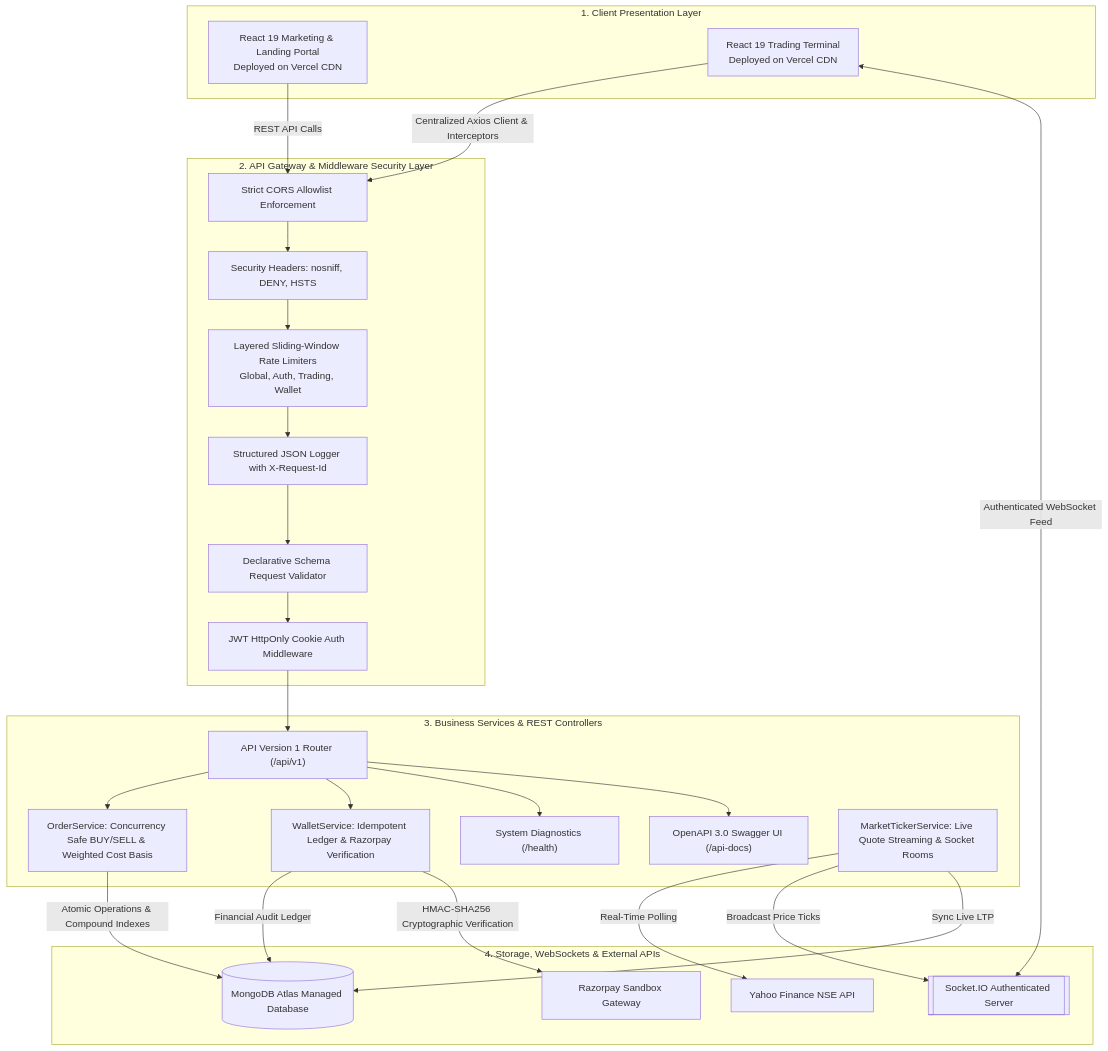
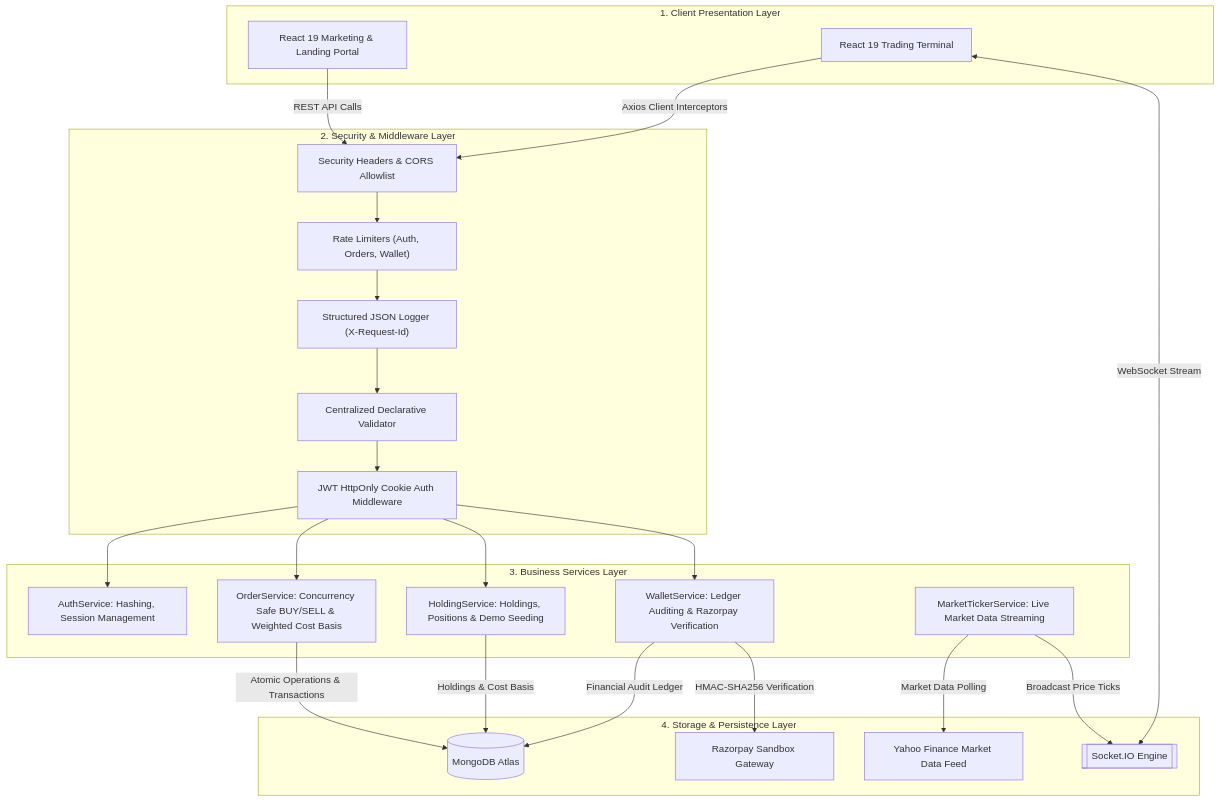
The first of 2 diagrams in README.md (Sekhar01807/Trading-platform), drawn with Mermaid before and after one commit. The commit also changed other lines of this file and 17 other files, not shown here.

Commit message:
refactor: enforce order validation, atomic concurrency safety, layered services, and update README

````diff
--- a/README.md
+++ b/README.md
@@ -75,49 +66,47 @@
 ```mermaid
 flowchart TB
     subgraph ClientLayer [1. Client Presentation Layer]
-        FE[React 19 Marketing & Landing Portal\nDeployed on Vercel CDN]
-        DASH[React 19 Trading Terminal\nDeployed on Vercel CDN]
+        FE["React 19 Marketing & Landing Portal"]
+        DASH["React 19 Trading Terminal"]
     end
 
-    subgraph GatewayLayer [2. API Gateway & Middleware Security Layer]
-        CORS[Strict CORS Allowlist Enforcement]
-        SEC[Security Headers: nosniff, DENY, HSTS]
-        RL[Layered Sliding-Window Rate Limiters\nGlobal, Auth, Trading, Wallet]
-        LOG[Structured JSON Logger with X-Request-Id]
-        VAL[Declarative Schema Request Validator]
-        AUTH[JWT HttpOnly Cookie Auth Middleware]
+    subgraph SecurityLayer [2. Security & Middleware Layer]
+        SEC["Security Headers & CORS Allowlist"]
+        RL["Rate Limiters (Auth, Orders, Wallet)"]
+        LOG["Structured JSON Logger (X-Request-Id)"]
+        VAL["Centralized Declarative Validator"]
+        AUTH["JWT HttpOnly Cookie Auth Middleware"]
     end
 
-    subgraph ServiceLayer [3. Business Services & REST Controllers]
-        API_V1["API Version 1 Router (/api/v1)"]
-        SWAGGER["OpenAPI 3.0 Swagger UI (/api-docs)"]
-        HEALTH["System Diagnostics (/health)"]
+    subgraph ServiceLayer [3. Business Services Layer]
+        AUTH_SVC["AuthService: Hashing, Session Management"]
         ORDER_SVC["OrderService: Concurrency Safe BUY/SELL & Weighted Cost Basis"]
-        WALLET_SVC["WalletService: Idempotent Ledger & Razorpay Verification"]
-        TICKER_SVC["MarketTickerService: Live Quote Streaming & Socket Rooms"]
+        HOLDING_SVC["HoldingService: Holdings, Positions & Demo Seeding"]
+        WALLET_SVC["WalletService: Ledger Auditing & Razorpay Verification"]
+        TICKER_SVC["MarketTickerService: Live Market Data Streaming"]
     end
 
-    subgraph DataLayer [4. Storage, WebSockets & External APIs]
-        MONGO[(MongoDB Atlas Managed Database)]
-        SOCKET[[Socket.IO Authenticated Server]]
-        YAHOO[Yahoo Finance NSE API]
-        RZP[Razorpay Sandbox Gateway]
+    subgraph DataLayer [4. Storage & Persistence Layer]
+        MONGO[("MongoDB Atlas")]
+        SOCKET[["Socket.IO Engine"]]
+        YAHOO["Yahoo Finance Market Data Feed"]
+        RZP["Razorpay Sandbox Gateway"]
     end
 
-    FE -->|REST API Calls| CORS
-    DASH -->|Centralized Axios Client & Interceptors| CORS
-    DASH <-->|Authenticated WebSocket Feed| SOCKET
+    FE -->|REST API Calls| SEC
+    DASH -->|Axios Client Interceptors| SEC
+    DASH <-->|WebSocket Stream| SOCKET
 
-    CORS --> SEC --> RL --> LOG --> VAL --> AUTH --> API_V1
-    API_V1 --> ORDER_SVC
-    API_V1 --> WALLET_SVC
-    API_V1 --> HEALTH
-    API_V1 --> SWAGGER
+    SEC --> RL --> LOG --> VAL --> AUTH
+    AUTH --> AUTH_SVC
+    AUTH --> ORDER_SVC
+    AUTH --> HOLDING_SVC
+    AUTH --> WALLET_SVC
 
-    ORDER_SVC -->|Atomic Operations & Compound Indexes| MONGO
+    ORDER_SVC -->|Atomic Operations & Transactions| MONGO
     WALLET_SVC -->|Financial Audit Ledger| MONGO
-    WALLET_SVC -->|HMAC-SHA256 Cryptographic Verification| RZP
-    TICKER_SVC -->|Real-Time Polling| YAHOO
+    WALLET_SVC -->|HMAC-SHA256 Verification| RZP
+    HOLDING_SVC -->|Holdings & Cost Basis| MONGO
+    TICKER_SVC -->|Market Data Polling| YAHOO
     TICKER_SVC -->|Broadcast Price Ticks| SOCKET
-    TICKER_SVC -->|Sync Live LTP| MONGO
 ```
````
